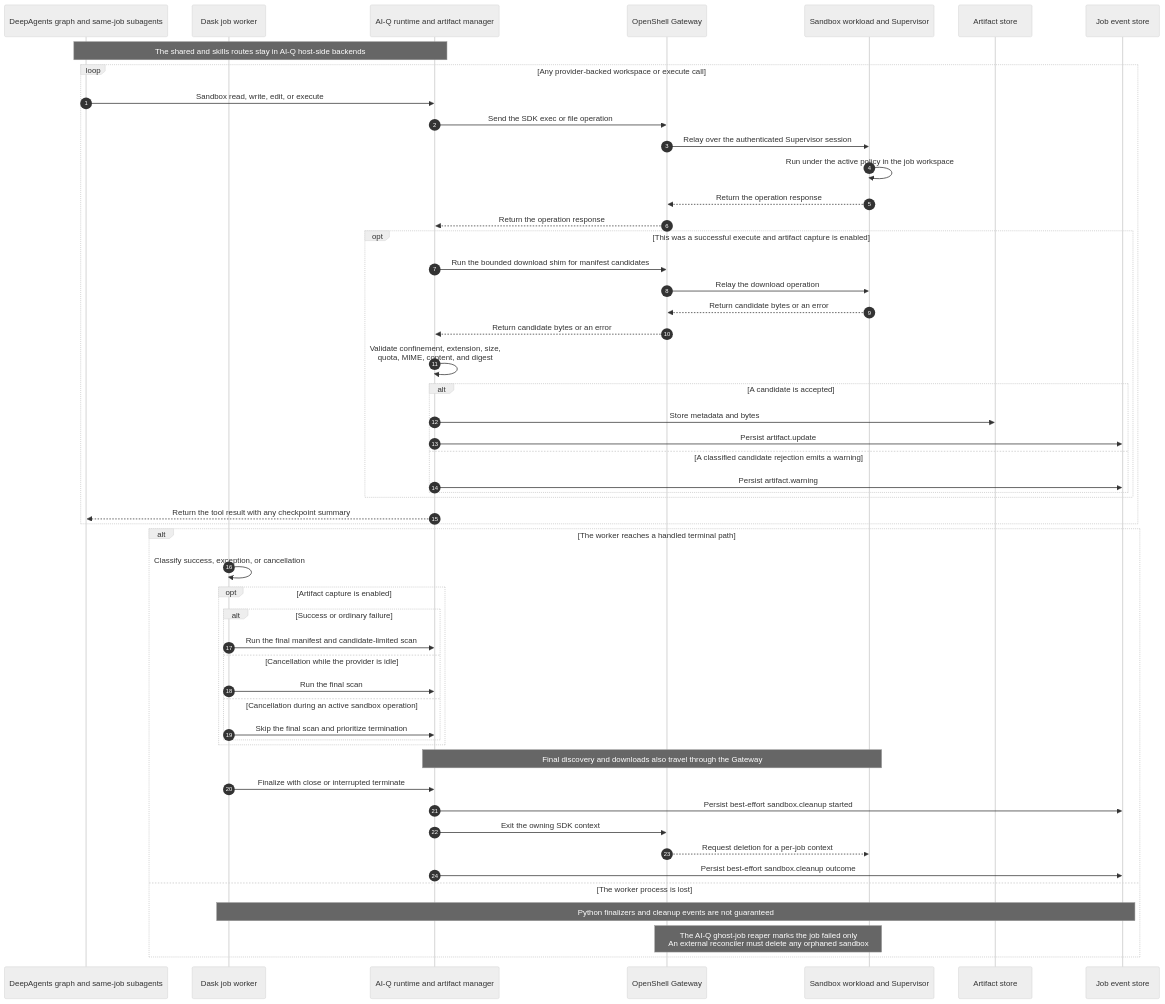
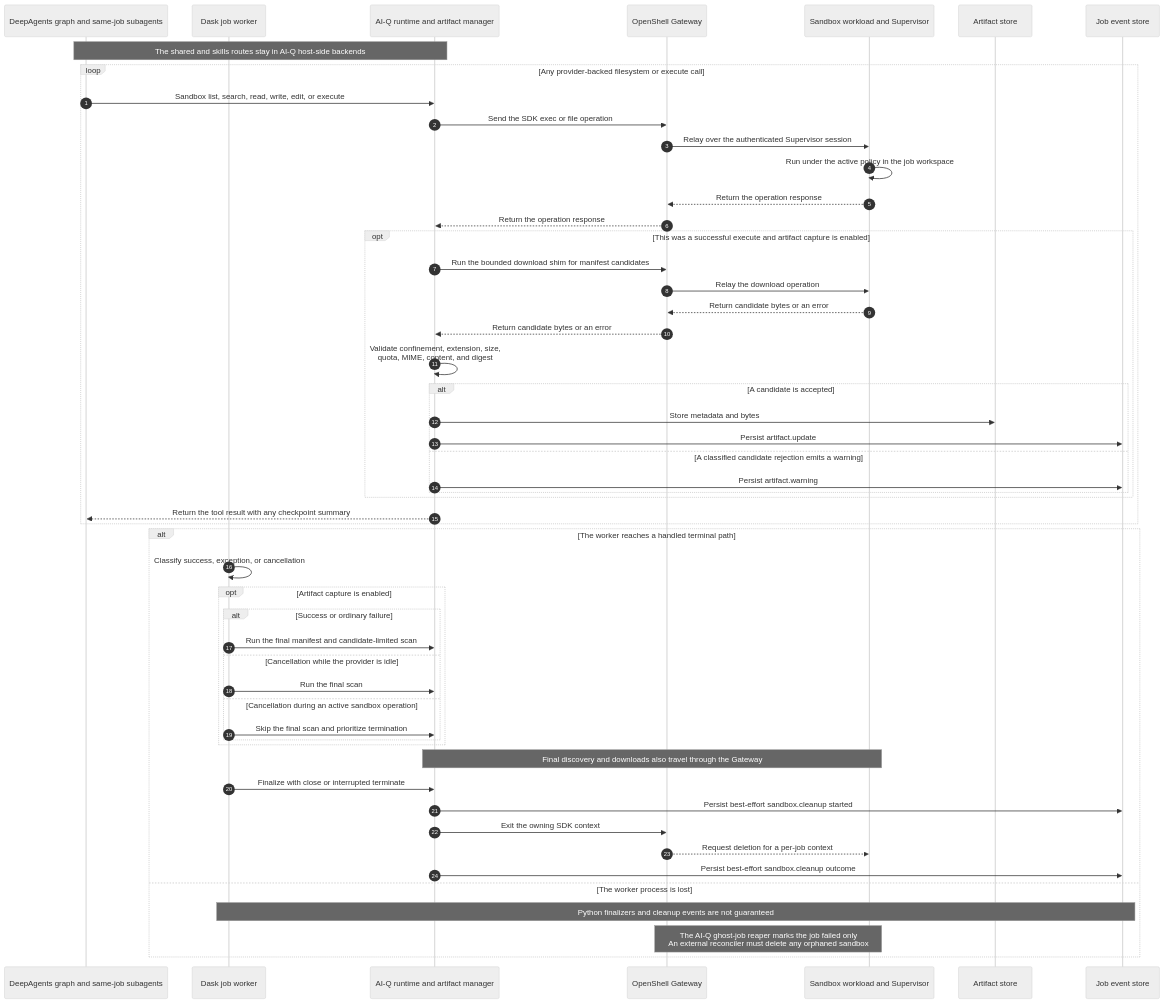
Before and after one commit to KyleZheng1284/aiq-research-assistant-kyle-fork: the second of 2 diagrams in src/aiq_agent/agents/deep_researcher/sandbox/README.md, drawn with Mermaid (neutral theme). The commit also changed other lines of this file, not shown here.

Commit message:
docs(sandbox): document complete filesystem tool surface

````diff
--- a/src/aiq_agent/agents/deep_researcher/sandbox/README.md
+++ b/src/aiq_agent/agents/deep_researcher/sandbox/README.md
@@ -334,58 +339,58 @@
 ```mermaid
 sequenceDiagram
     autonumber
     participant Graph as DeepAgents graph and same-job subagents
     participant Worker as Dask job worker
     participant Runtime as AI-Q runtime and artifact manager
     participant Gateway as OpenShell Gateway
     participant Sandbox as Sandbox workload and Supervisor
     participant Artifacts as Artifact store
     participant Events as Job event store
 
     Note over Graph,Runtime: The shared and skills routes stay in AI-Q host-side backends
-    loop Any provider-backed workspace or execute call
-        Graph->>Runtime: Sandbox read, write, edit, or execute
+    loop Any provider-backed filesystem or execute call
+        Graph->>Runtime: Sandbox list, search, read, write, edit, or execute
         Runtime->>Gateway: Send the SDK exec or file operation
         Gateway->>Sandbox: Relay over the authenticated Supervisor session
         Sandbox->>Sandbox: Run under the active policy in the job workspace
         Sandbox-->>Gateway: Return the operation response
         Gateway-->>Runtime: Return the operation response
 
         opt This was a successful execute and artifact capture is enabled
             Runtime->>Gateway: Run the bounded download shim for manifest candidates
             Gateway->>Sandbox: Relay the download operation
             Sandbox-->>Gateway: Return candidate bytes or an error
             Gateway-->>Runtime: Return candidate bytes or an error
             Runtime->>Runtime: Validate confinement, extension, size,<br/>quota, MIME, content, and digest
             alt A candidate is accepted
                 Runtime->>Artifacts: Store metadata and bytes
                 Runtime->>Events: Persist artifact.update
             else A classified candidate rejection emits a warning
                 Runtime->>Events: Persist artifact.warning
             end
         end
         Runtime-->>Graph: Return the tool result with any checkpoint summary
     end
 
     alt The worker reaches a handled terminal path
         Worker->>Worker: Classify success, exception, or cancellation
         opt Artifact capture is enabled
             alt Success or ordinary failure
                 Worker->>Runtime: Run the final manifest and candidate-limited scan
             else Cancellation while the provider is idle
                 Worker->>Runtime: Run the final scan
             else Cancellation during an active sandbox operation
                 Worker->>Runtime: Skip the final scan and prioritize termination
             end
         end
         Note over Runtime,Sandbox: Final discovery and downloads also travel through the Gateway
         Worker->>Runtime: Finalize with close or interrupted terminate
         Runtime->>Events: Persist best-effort sandbox.cleanup started
         Runtime->>Gateway: Exit the owning SDK context
         Gateway-->>Sandbox: Request deletion for a per-job context
         Runtime->>Events: Persist best-effort sandbox.cleanup outcome
     else The worker process is lost
         Note over Worker,Events: Python finalizers and cleanup events are not guaranteed
         Note over Gateway,Sandbox: The AI-Q ghost-job reaper marks the job failed only<br/>An external reconciler must delete any orphaned sandbox
     end
 ```
````
